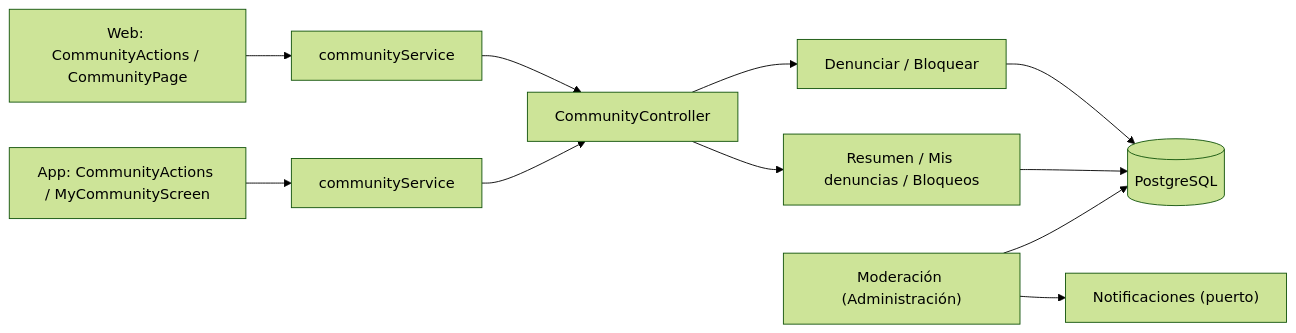
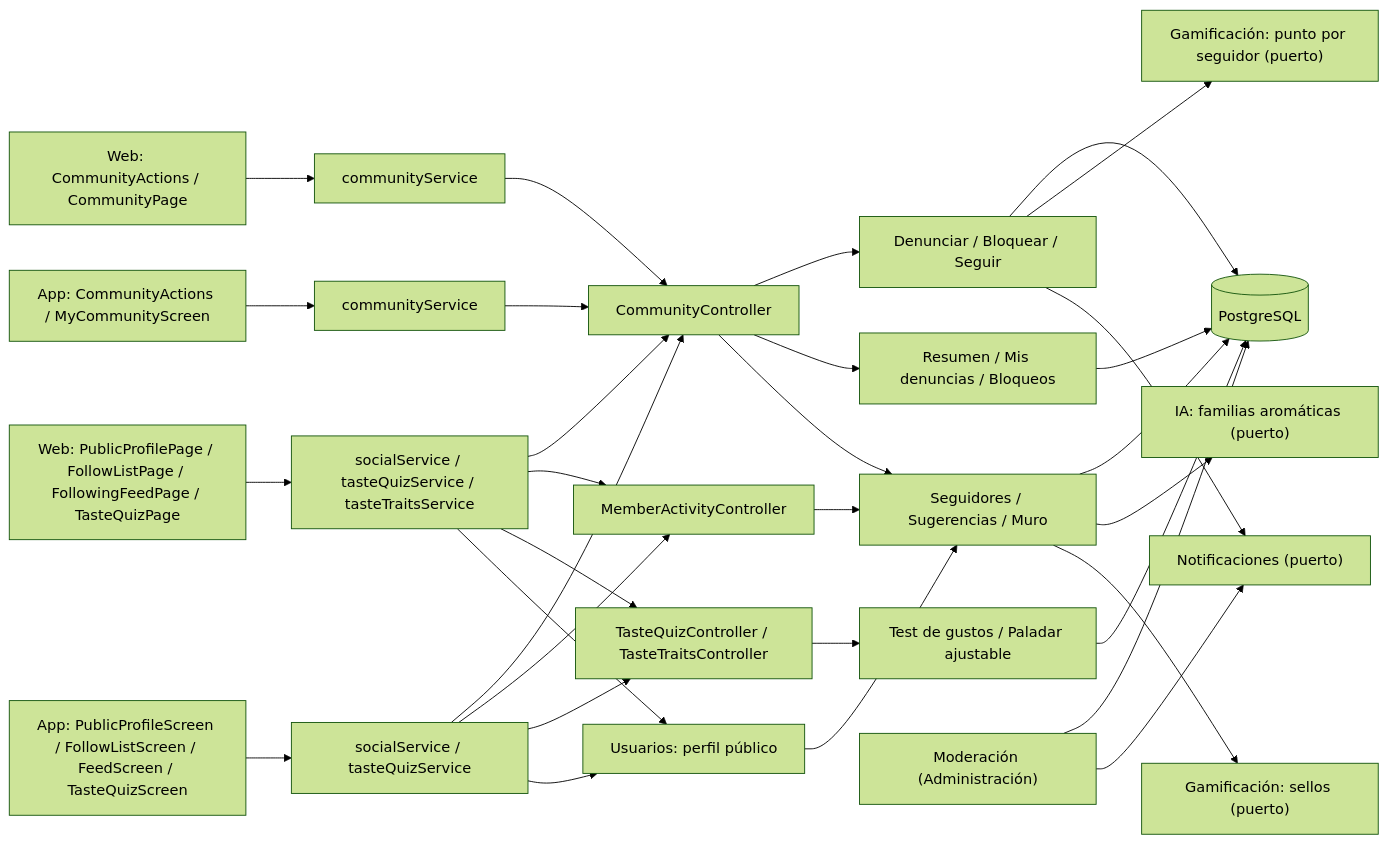
One commit to Bielaszczuk/vinnot-demo changed the first of 4 diagrams in docs/es/modules/community/architecture.md. Above: the diagram before and after it, drawn with Mermaid (forest theme). The commit also changed other lines of this file and 703 other files, not shown here.

````diff
--- a/docs/es/modules/community/architecture.md
+++ b/docs/es/modules/community/architecture.md
@@ -9,13 +9,33 @@
 ```mermaid
 flowchart LR
     WEB["Web: CommunityActions / CommunityPage"] --> WS["communityService"]
     APP["App: CommunityActions / MyCommunityScreen"] --> MS["communityService"]
+    WEBS["Web: PublicProfilePage / FollowListPage / FollowingFeedPage / TasteQuizPage"] --> WSS["socialService / tasteQuizService / tasteTraitsService"]
+    APPS["App: PublicProfileScreen / FollowListScreen / FeedScreen / TasteQuizScreen"] --> MSS["socialService / tasteQuizService"]
     WS --> CC["CommunityController"]
     MS --> CC
-    CC --> CH["Denunciar / Bloquear"]
+    WSS --> CC
+    MSS --> CC
+    WSS --> MAC["MemberActivityController"]
+    MSS --> MAC
+    WSS --> TQC["TasteQuizController / TasteTraitsController"]
+    MSS --> TQC
+    WSS --> UP["Usuarios: perfil público"]
+    MSS --> UP
+    CC --> CH["Denunciar / Bloquear / Seguir"]
     CC --> QH["Resumen / Mis denuncias / Bloqueos"]
+    CC --> SQ["Seguidores / Sugerencias / Muro"]
+    MAC --> SQ
+    UP --> SQ
+    TQC --> TH["Test de gustos / Paladar ajustable"]
     CH --> DB[(PostgreSQL)]
     QH --> DB
+    SQ --> DB
+    TH --> DB
+    SQ --> AI["IA: familias aromáticas (puerto)"]
+    SQ --> BADGE["Gamificación: sellos (puerto)"]
+    CH --> PTS["Gamificación: punto por seguidor (puerto)"]
+    CH --> NOT["Notificaciones (puerto)"]
     MOD["Moderación (Administración)"] --> DB
-    MOD --> NOT["Notificaciones (puerto)"]
+    MOD --> NOT
 ```
````
